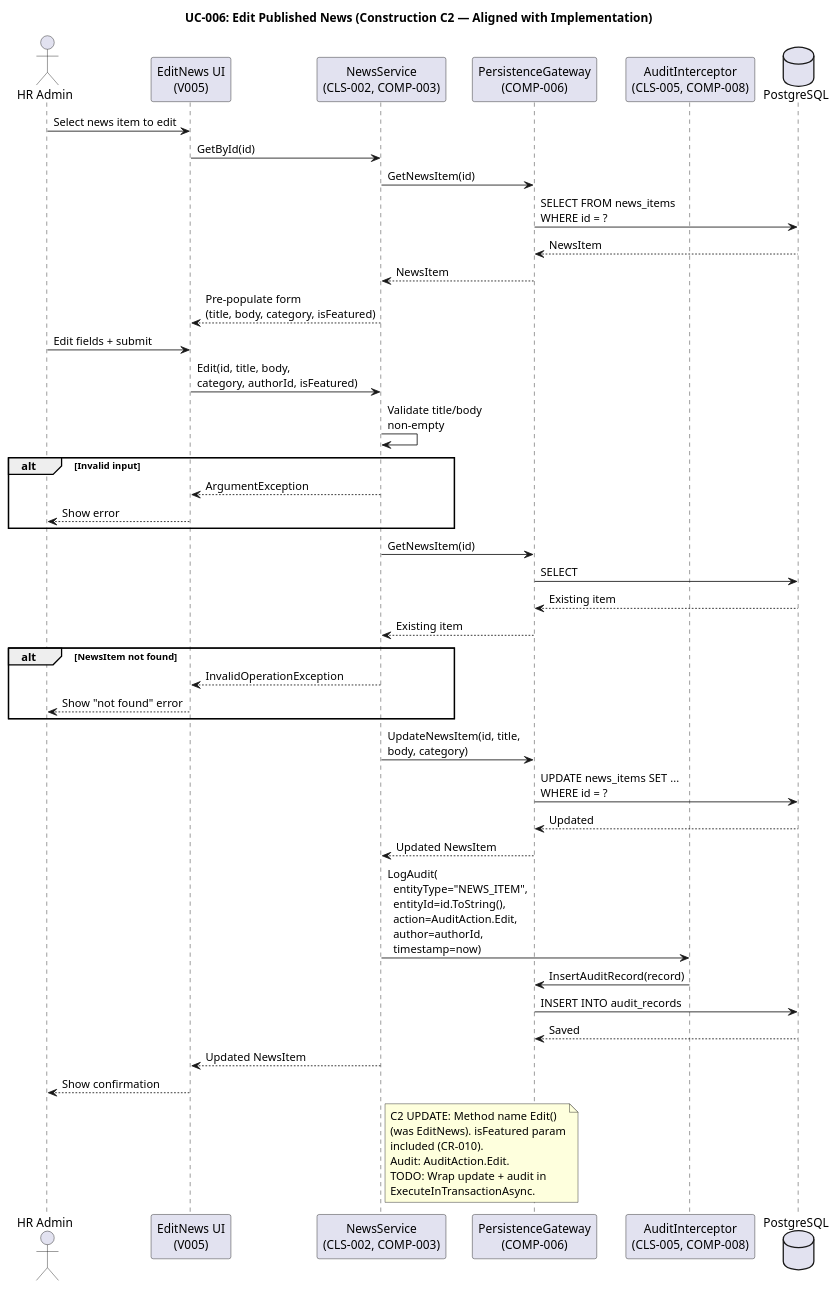
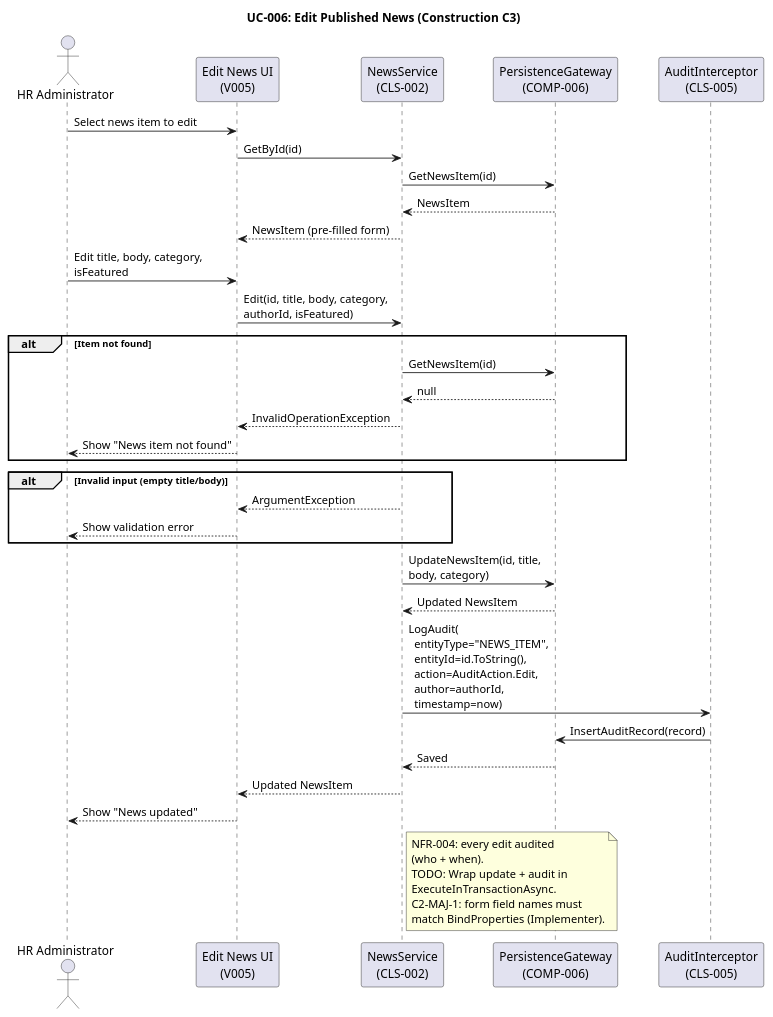
The seventh of 31 diagrams in docs/artifacts/analysis---design/design-model.md (banense-test/portal-cuba-corp), drawn with PlantUML before and after one commit. The commit also changed other lines of this file, not shown here.

````diff
--- a/docs/artifacts/analysis---design/design-model.md
+++ b/docs/artifacts/analysis---design/design-model.md
@@ -547,63 +493,52 @@
 ```plantuml
 @startuml
-title UC-006: Edit Published News (Construction C2 — Aligned with Implementation)
+title UC-006: Edit Published News (Construction C3)
 
-actor "HR Admin" as HR
-participant "EditNews UI\n(V005)" as UI
-participant "NewsService\n(CLS-002, COMP-003)" as SVC
+actor "HR Administrator" as HR
+participant "Edit News UI\n(V005)" as UI
+participant "NewsService\n(CLS-002)" as SVC
 participant "PersistenceGateway\n(COMP-006)" as DB
-participant "AuditInterceptor\n(CLS-005, COMP-008)" as AUDIT
-database "PostgreSQL" as PG
+participant "AuditInterceptor\n(CLS-005)" as AUDIT
 
 HR -> UI : Select news item to edit
 UI -> SVC : GetById(id)
 SVC -> DB : GetNewsItem(id)
-DB -> PG : SELECT FROM news_items\nWHERE id = ?
-PG --> DB : NewsItem
 DB --> SVC : NewsItem
-SVC --> UI : Pre-populate form\n(title, body, category, isFeatured)
+SVC --> UI : NewsItem (pre-filled form)
 
-HR -> UI : Edit fields + submit
-UI -> SVC : Edit(id, title, body,\ncategory, authorId, isFeatured)
+HR -> UI : Edit title, body, category,\nisFeatured
+UI -> SVC : Edit(id, title, body, category,\nauthorId, isFeatured)
 
-SVC -> SVC : Validate title/body\nnon-empty
-
-alt Invalid input
-  SVC --> UI : ArgumentException
-  UI --> HR : Show error
+alt Item not found
+  SVC -> DB : GetNewsItem(id)
+  DB --> SVC : null
+  SVC --> UI : InvalidOperationException
+  UI --> HR : Show "News item not found"
 end
 
-SVC -> DB : GetNewsItem(id)
-DB -> PG : SELECT
-PG --> DB : Existing item
-DB --> SVC : Existing item
-
-alt NewsItem not found
-  SVC --> UI : InvalidOperationException
-  UI --> HR : Show "not found" error
+alt Invalid input (empty title/body)
+  SVC --> UI : ArgumentException
+  UI --> HR : Show validation error
 end
 
 SVC -> DB : UpdateNewsItem(id, title,\nbody, category)
-DB -> PG : UPDATE news_items SET ...\nWHERE id = ?
-PG --> DB : Updated
 DB --> SVC : Updated NewsItem
 
 SVC -> AUDIT : LogAudit(\n  entityType="NEWS_ITEM",\n  entityId=id.ToString(),\n  action=AuditAction.Edit,\n  author=authorId,\n  timestamp=now)
 AUDIT -> DB : InsertAuditRecord(record)
-DB -> PG : INSERT INTO audit_records
-PG --> DB : Saved
+DB --> SVC : Saved
 
 SVC --> UI : Updated NewsItem
-UI --> HR : Show confirmation
+UI --> HR : Show "News updated"
 
 note right of SVC
-  C2 UPDATE: Method name Edit()
-  (was EditNews). isFeatured param
-  included (CR-010).
-  Audit: AuditAction.Edit.
+  NFR-004: every edit audited
+  (who + when).
   TODO: Wrap update + audit in
   ExecuteInTransactionAsync.
+  C2-MAJ-1: form field names must
+  match BindProperties (Implementer).
 end note
 
 @enduml
 ```
````
